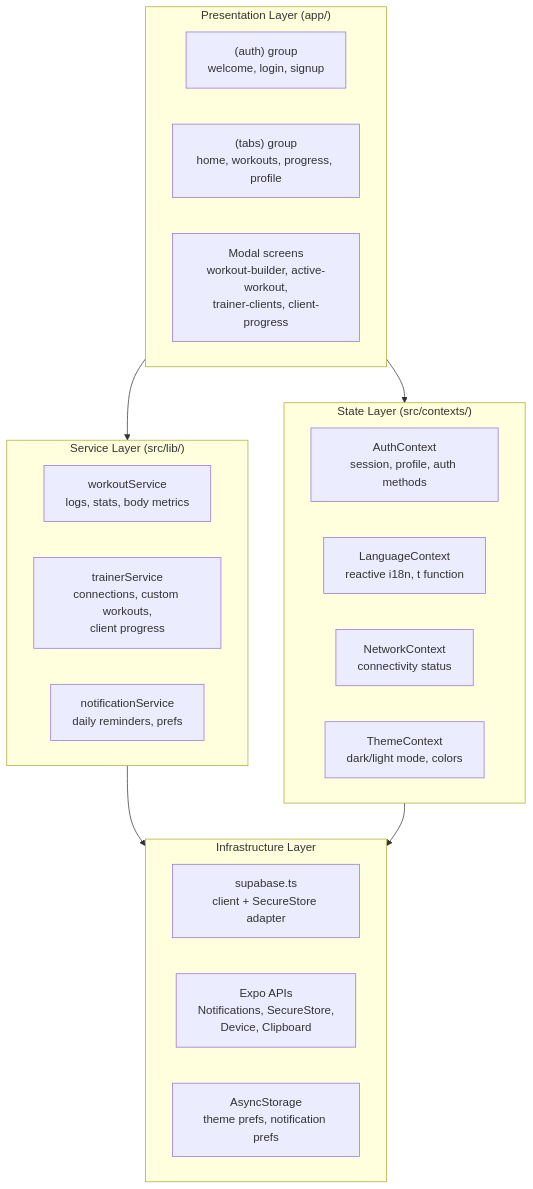
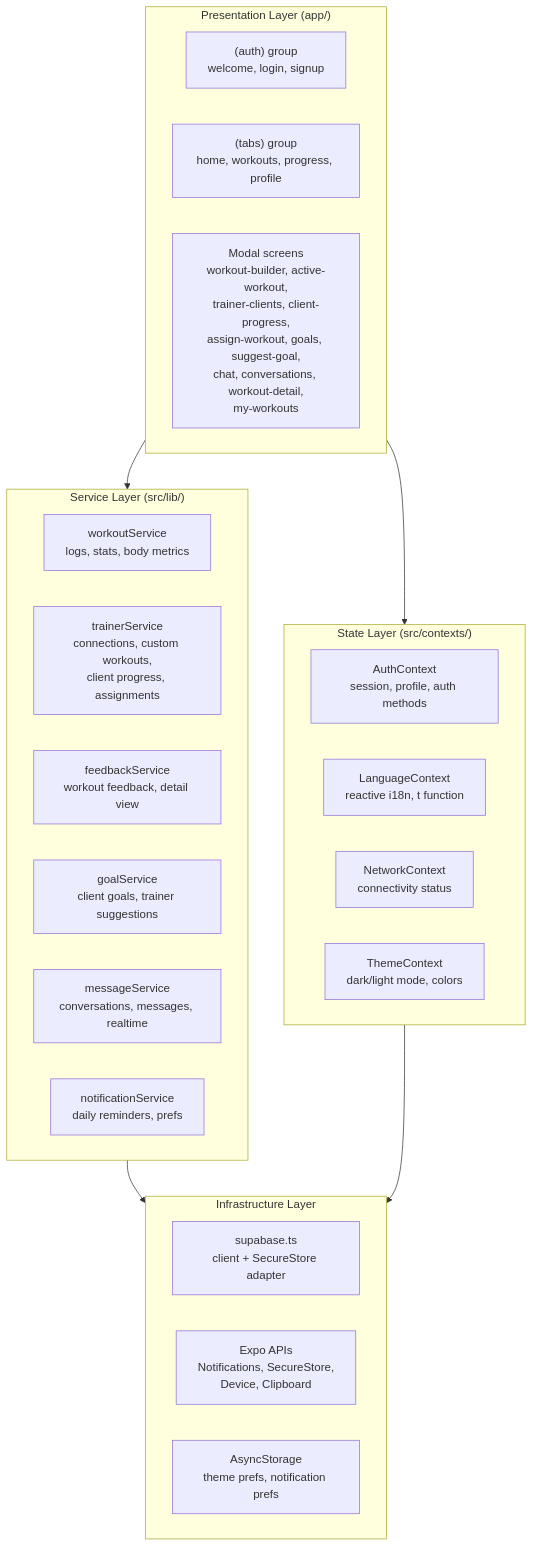
Before and after one commit to 2Bros1Mission/GymApp: the second of 5 diagrams in Documentation/architecture.md, drawn with Mermaid. The commit also changed other lines of this file and 6 other files, not shown here.

````diff
--- a/Documentation/architecture.md
+++ b/Documentation/architecture.md
@@ -65,32 +68,35 @@
 ```mermaid
 flowchart TB
     subgraph Presentation["Presentation Layer (app/)"]
         AuthScreens["(auth) group<br/>welcome, login, signup"]
         TabScreens["(tabs) group<br/>home, workouts, progress, profile"]
-        Modals["Modal screens<br/>workout-builder, active-workout,<br/>trainer-clients, client-progress"]
+        Modals["Modal screens<br/>workout-builder, active-workout,<br/>trainer-clients, client-progress,<br/>assign-workout, goals, suggest-goal,<br/>chat, conversations, workout-detail,<br/>my-workouts"]
     end
 
     subgraph State["State Layer (src/contexts/)"]
         AuthCtx[AuthContext<br/>session, profile, auth methods]
         LangCtx[LanguageContext<br/>reactive i18n, t function]
         NetCtx[NetworkContext<br/>connectivity status]
         ThemeCtx[ThemeContext<br/>dark/light mode, colors]
     end
 
     subgraph Services["Service Layer (src/lib/)"]
         WS[workoutService<br/>logs, stats, body metrics]
-        TS[trainerService<br/>connections, custom workouts,<br/>client progress]
+        TS[trainerService<br/>connections, custom workouts,<br/>client progress, assignments]
+        FS[feedbackService<br/>workout feedback, detail view]
+        GS[goalService<br/>client goals, trainer suggestions]
+        MS[messageService<br/>conversations, messages, realtime]
         NS[notificationService<br/>daily reminders, prefs]
     end
 
     subgraph Infra["Infrastructure Layer"]
         Supa[supabase.ts<br/>client + SecureStore adapter]
         ExpoAPIs[Expo APIs<br/>Notifications, SecureStore,<br/>Device, Clipboard]
         AsyncStore[AsyncStorage<br/>theme prefs, notification prefs]
     end
 
     Presentation --> State
     Presentation --> Services
     Services --> Infra
     State --> Infra
 ```
````
